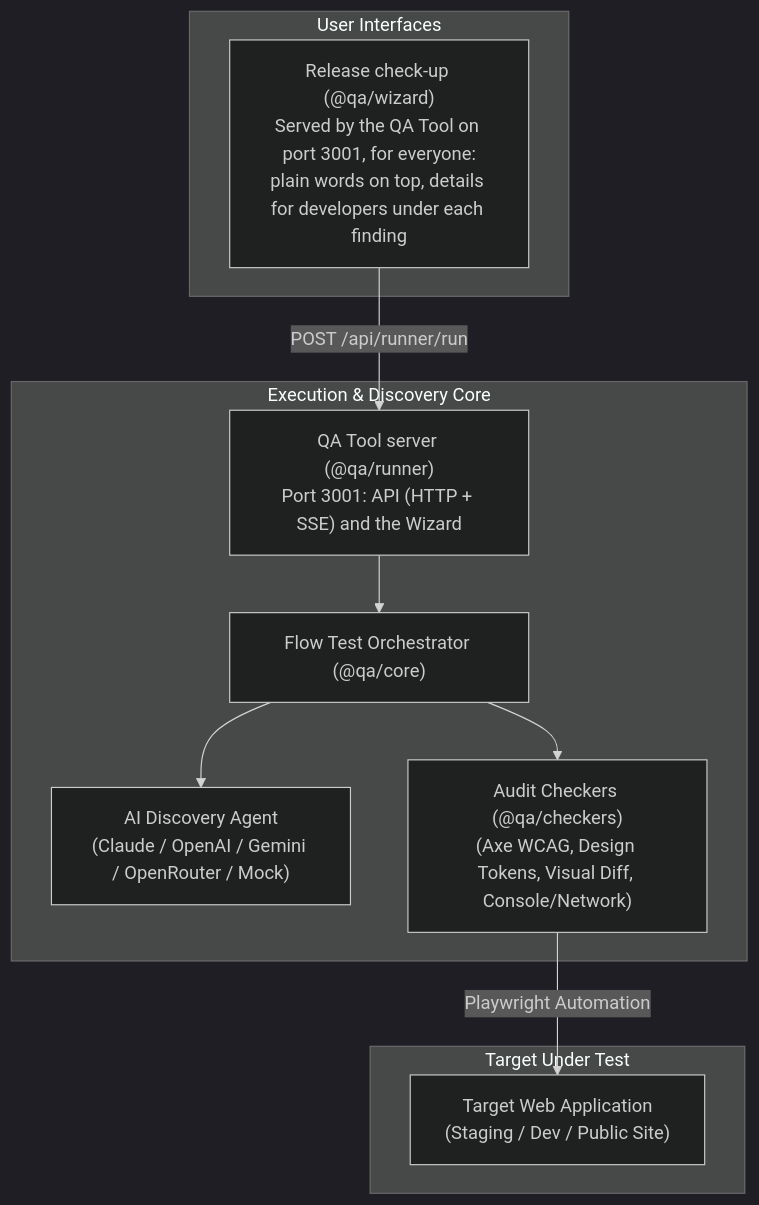
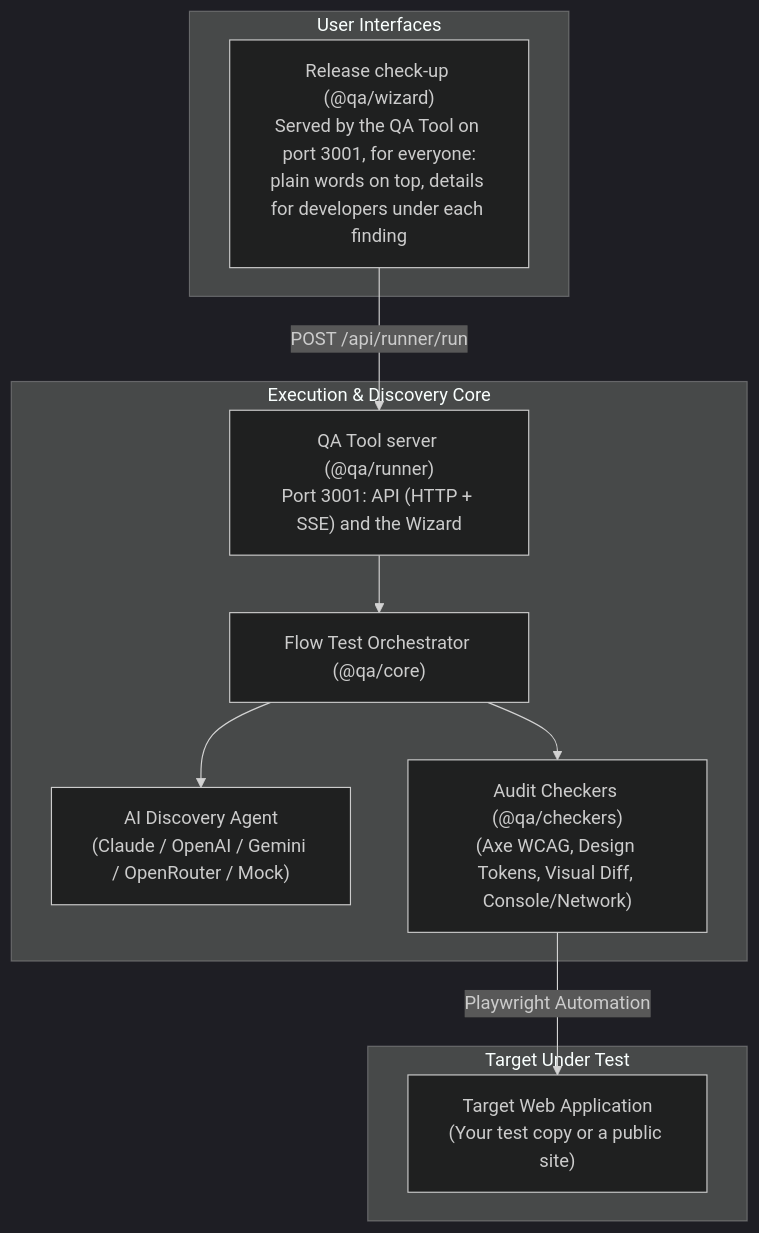
One commit to CJCreator/qa-flow-tester changed the diagram in README.md. Above: the diagram before and after it, drawn with Mermaid (dark theme). The commit also changed other lines of this file and 7 other files, not shown here.

````diff
--- a/README.md
+++ b/README.md
@@ -33,23 +33,23 @@
 ```mermaid
 flowchart TD
     subgraph UI ["User Interfaces"]
         Wizard["Release check-up (@qa/wizard)\nServed by the QA Tool on port 3001, for everyone:\nplain words on top, details for developers under each finding"]
     end
 
     subgraph CoreEngine ["Execution & Discovery Core"]
         Runner["QA Tool server (@qa/runner)\nPort 3001: API (HTTP + SSE) and the Wizard"]
         Orchestrator["Flow Test Orchestrator (@qa/core)"]
         AI["AI Discovery Agent\n(Claude / OpenAI / Gemini / OpenRouter / Mock)"]
         Checkers["Audit Checkers (@qa/checkers)\n(Axe WCAG, Design Tokens, Visual Diff, Console/Network)"]
     end
 
     subgraph Target ["Target Under Test"]
-        App["Target Web Application\n(Staging / Dev / Public Site)"]
+        App["Target Web Application\n(Your test copy or a public site)"]
     end
 
     Wizard -->|POST /api/runner/run| Runner
     Runner --> Orchestrator
     Orchestrator --> AI
     Orchestrator --> Checkers
     Checkers -->|Playwright Automation| App
 ```
````
